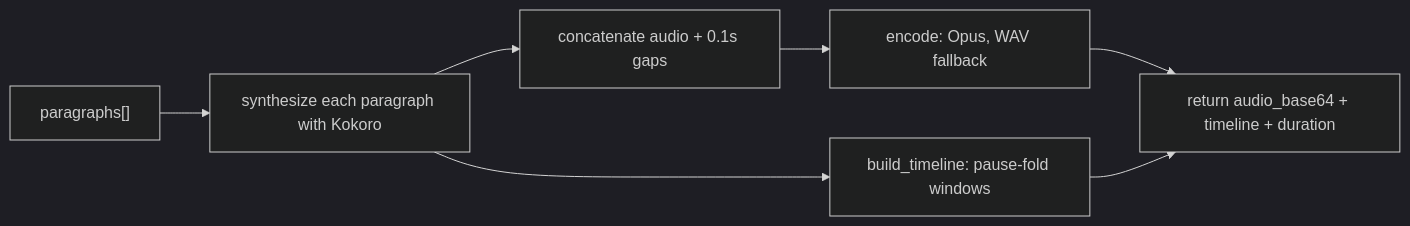
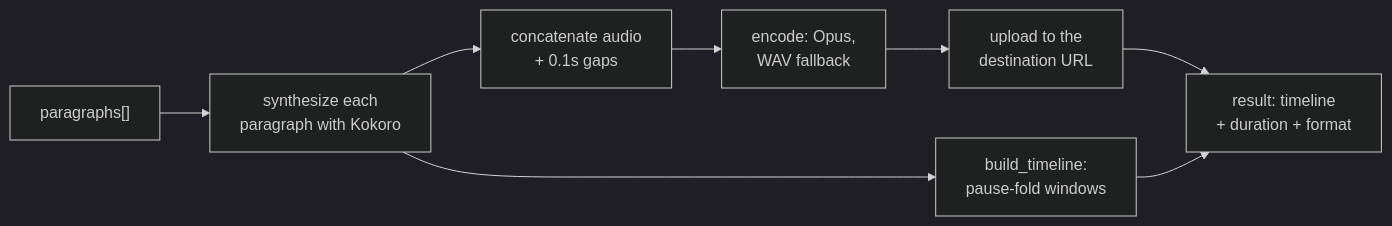
Before and after one commit to asermax/nagara: the first of 2 diagrams in docs/technical-design/tts-service.md, drawn with Mermaid (dark theme). The commit also changed other lines of this file and 18 other files, not shown here.

````diff
--- a/docs/technical-design/tts-service.md
+++ b/docs/technical-design/tts-service.md
@@ -33,9 +41,10 @@
 ```mermaid
 flowchart LR
-    P["paragraphs[]"] --> S["synthesize each paragraph with Kokoro"]
-    S --> A["concatenate audio + 0.1s gaps"]
-    S --> T["build_timeline: pause-fold windows"]
-    A --> E["encode: Opus, WAV fallback"]
-    E --> R["return audio_base64 + timeline + duration"]
+    P["paragraphs[]"] --> S["synthesize each<br/>paragraph with Kokoro"]
+    S --> A["concatenate audio<br/>+ 0.1s gaps"]
+    S --> T["build_timeline:<br/>pause-fold windows"]
+    A --> E["encode: Opus,<br/>WAV fallback"]
+    E --> U["upload to the<br/>destination URL"]
+    U --> R["result: timeline<br/>+ duration + format"]
     T --> R
 ```
````
